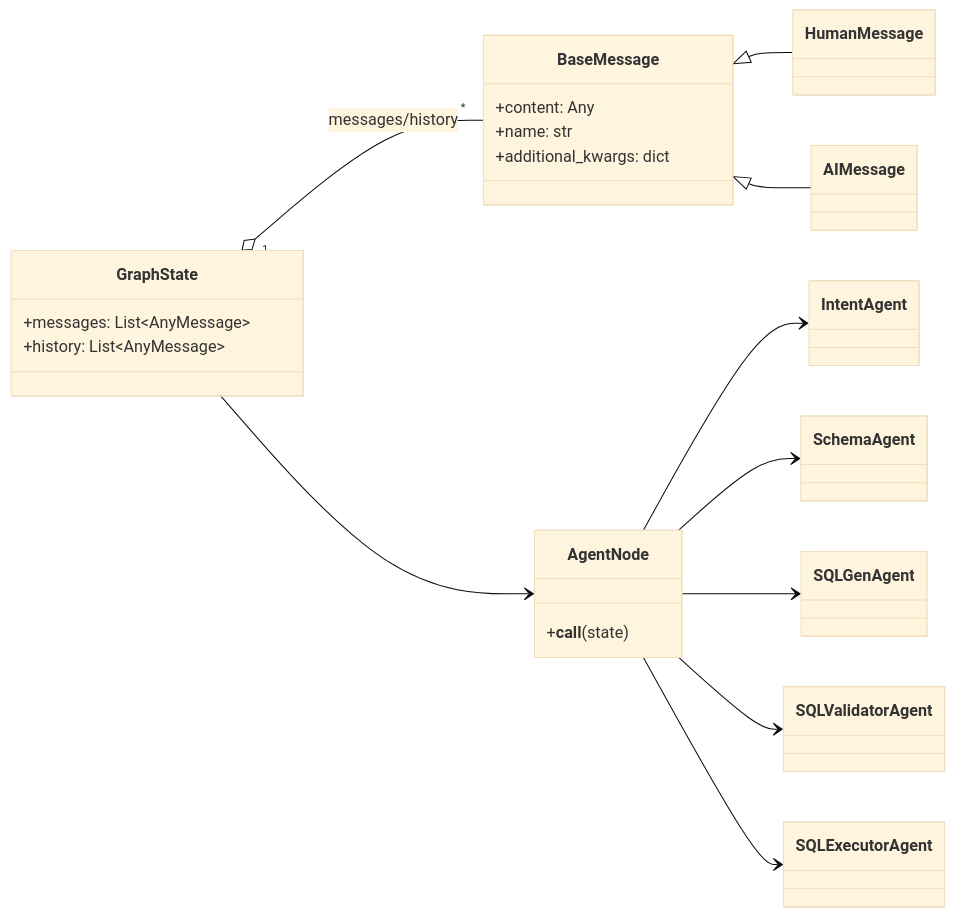
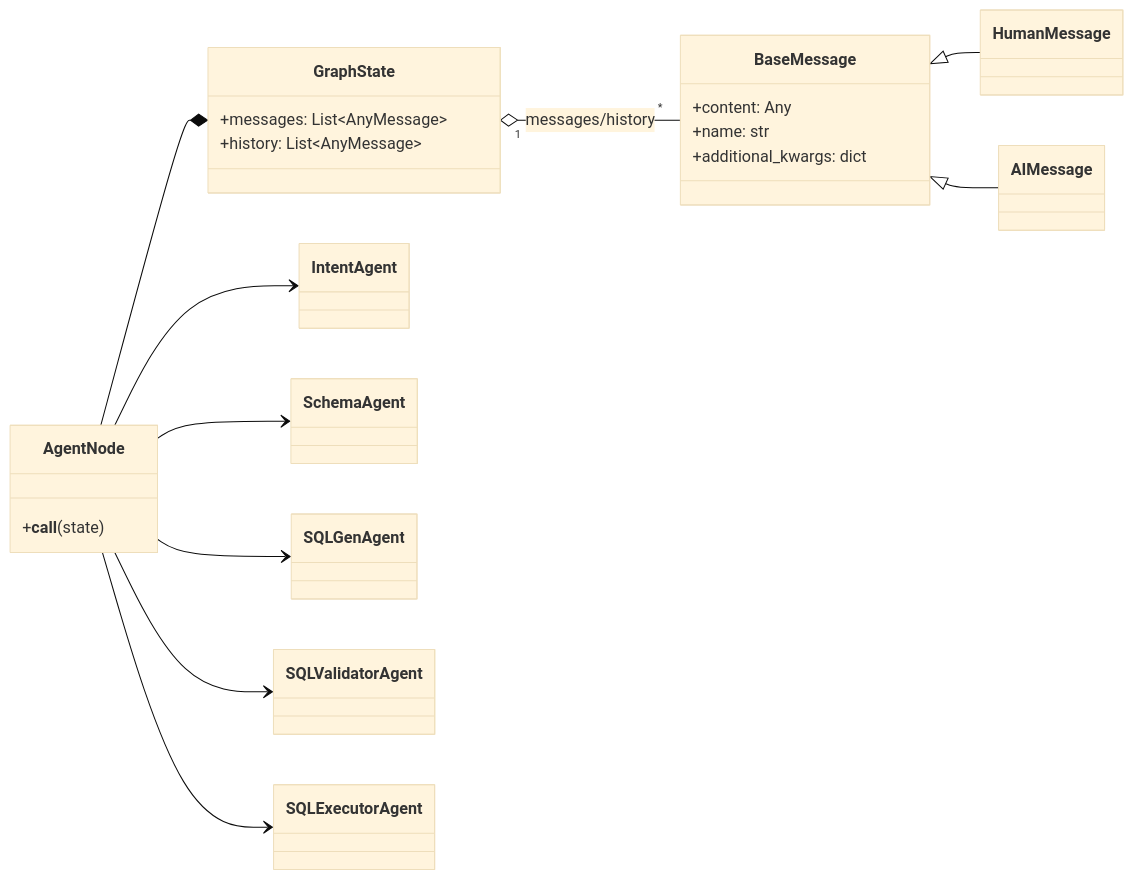
Before and after one commit to attractor-set/sql_agent_example: the first of 2 diagrams in README.md, drawn with Mermaid (base theme).

Commit message:
[UML] update link

````diff
--- a/README.md
+++ b/README.md
@@ -58,41 +58,40 @@
 ```mermaid
 classDiagram
 direction LR
 
 class GraphState {
   +messages: List~AnyMessage~
   +history: List~AnyMessage~
 }
 
 class BaseMessage {
   +content: Any
   +name: str
   +additional_kwargs: dict
 }
 
 class HumanMessage
 class AIMessage
 
 BaseMessage <|-- HumanMessage
 BaseMessage <|-- AIMessage
 
 GraphState "1" o-- "*" BaseMessage : messages/history
 
 class AgentNode {
   +__call__(state)
 }
 
 class IntentAgent
 class SchemaAgent
 class SQLGenAgent
 class SQLValidatorAgent
 class SQLExecutorAgent
 
 AgentNode --> IntentAgent
 AgentNode --> SchemaAgent
 AgentNode --> SQLGenAgent
 AgentNode --> SQLValidatorAgent
 AgentNode --> SQLExecutorAgent
-
-GraphState --> AgentNode
+AgentNode --* GraphState
 ```
````
